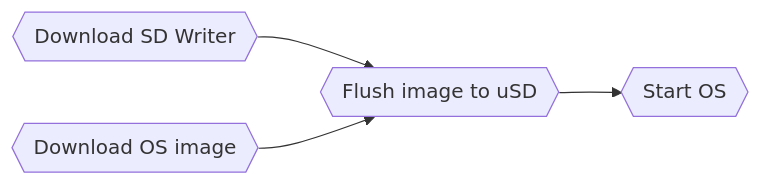
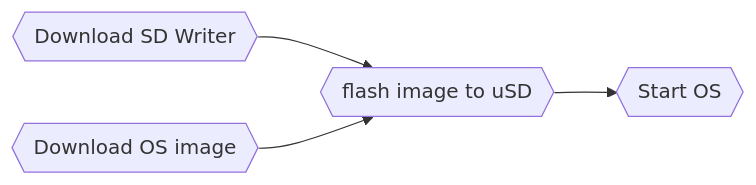
The diagram in README.md (snakajim/r3566pc-install), drawn with Mermaid before and after one commit. The commit also changed other lines of this file, not shown here.

````diff
--- a/README.md
+++ b/README.md
@@ -15,6 +34,6 @@
 ```mermaid
 flowchart LR;
-    A{{Download SD Writer}}-->C{{Flush image to uSD}};
+    A{{Download SD Writer}}-->C{{flash image to uSD}};
     B{{Download OS image}}-->C;
     C-->D{{Start OS}};
 ```
````
